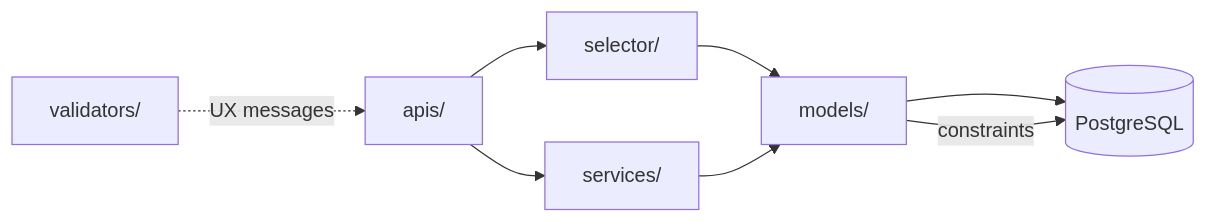
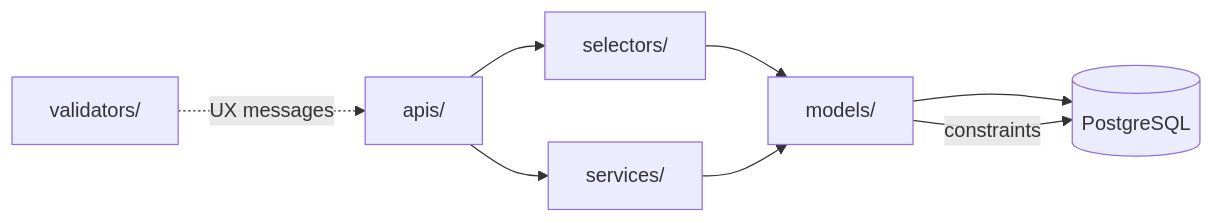
Before and after one commit to alidanial7/django-style-guide: the first of 2 diagrams in {{cookiecutter.project_name}}/docs/style-guide/layers/models.md, drawn with Mermaid. The commit also changed 29 other files, not shown here.

````diff
--- a/{{cookiecutter.project_name}}/docs/style-guide/layers/models.md
+++ b/{{cookiecutter.project_name}}/docs/style-guide/layers/models.md
@@ -11,10 +11,10 @@
 ```mermaid
 flowchart LR
-    API[apis/] --> SEL[selector/]
+    API[apis/] --> SEL[selectors/]
     API --> SVC[services/]
     SEL --> MOD[models/]
     SVC --> MOD
     MOD --> DB[(PostgreSQL)]
     VAL[validators/] -.->|UX messages| API
     MOD -->|constraints| DB
 ```
````
